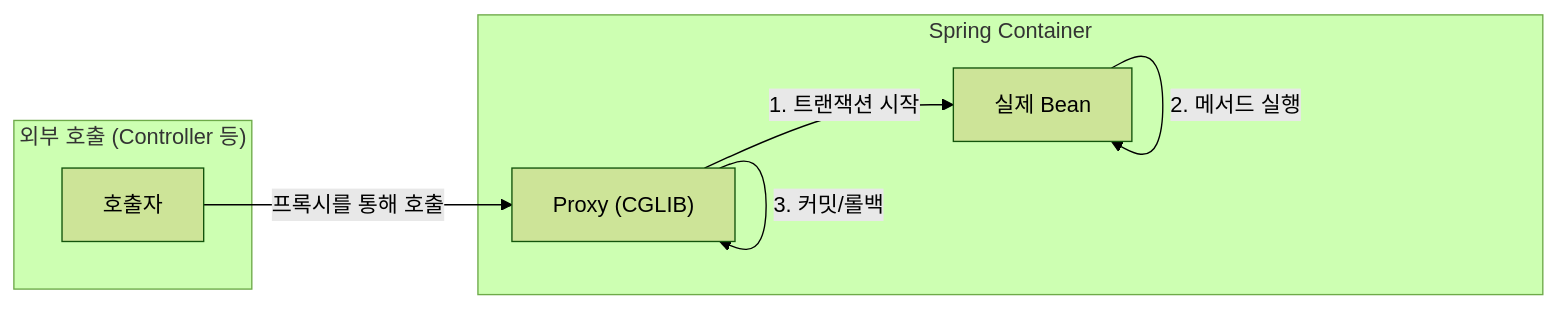
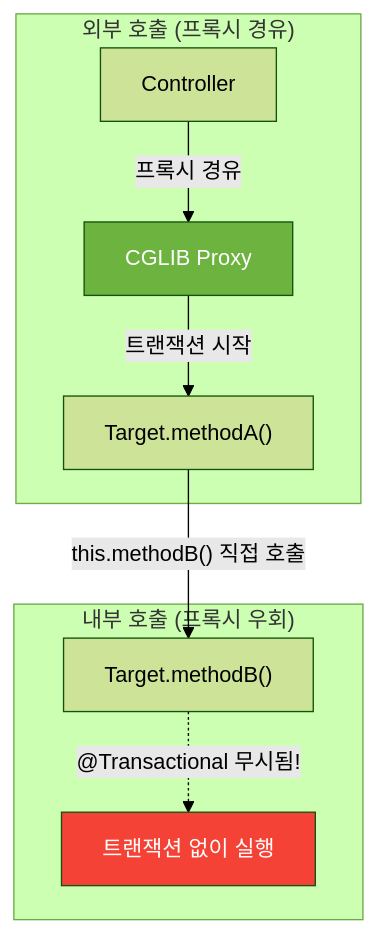
The fifth of 8 diagrams in _posts/2025-01-24-kotlin-coroutine-transactional-danger.md (jiwon11/jiwon11.github.io), drawn with Mermaid (forest theme) before and after one commit. The commit also changed other lines of this file and 4 other files, not shown here.

````diff
--- a/_posts/2025-01-24-kotlin-coroutine-transactional-danger.md
+++ b/_posts/2025-01-24-kotlin-coroutine-transactional-danger.md
@@ -95,17 +250,15 @@
 ```mermaid
-flowchart LR
-    subgraph External["외부 호출 (Controller 등)"]
-        Caller["호출자"]
+flowchart TD
+    subgraph "외부 호출 (프록시 경유)"
+        A["Controller"] -->|"프록시 경유"| B["CGLIB Proxy"]
+        B -->|"트랜잭션 시작"| C["Target.methodA()"]
     end
-    
-    subgraph Container["Spring Container"]
-        Proxy["Proxy (CGLIB)"]
-        Bean["실제 Bean"]
-        
-        Proxy -->|"1. 트랜잭션 시작"| Bean
-        Bean -->|"2. 메서드 실행"| Bean
-        Proxy -->|"3. 커밋/롤백"| Proxy
+
+    subgraph "내부 호출 (프록시 우회)"
+        C -->|"this.methodB() 직접 호출"| D["Target.methodB()"]
+        D -.->|"@Transactional 무시됨!"| E["트랜잭션 없이 실행"]
     end
-    
-    Caller -->|"프록시를 통해 호출"| Proxy
+
+    style B fill:#6DB33F,color:#fff
+    style E fill:#f44336,color:#fff
 ```
````
